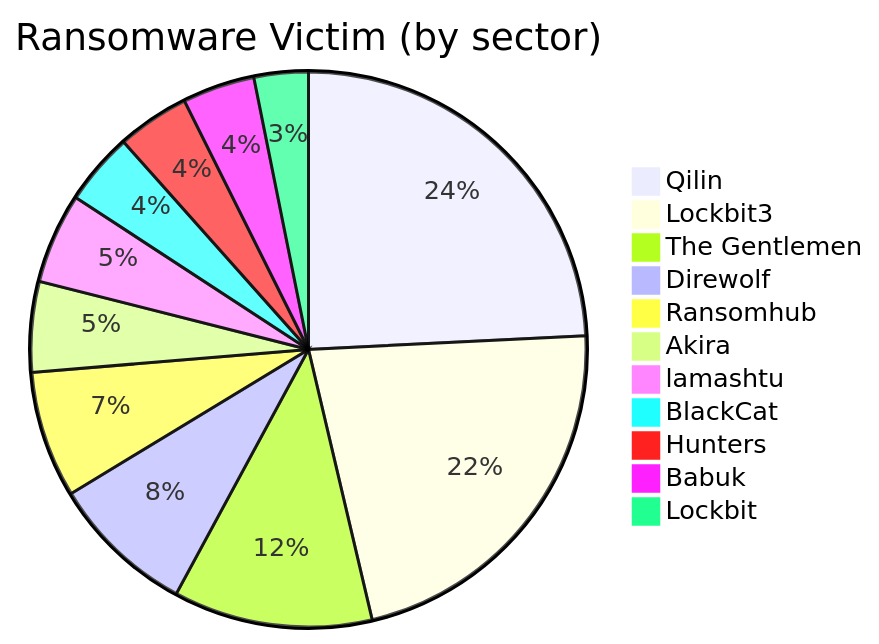
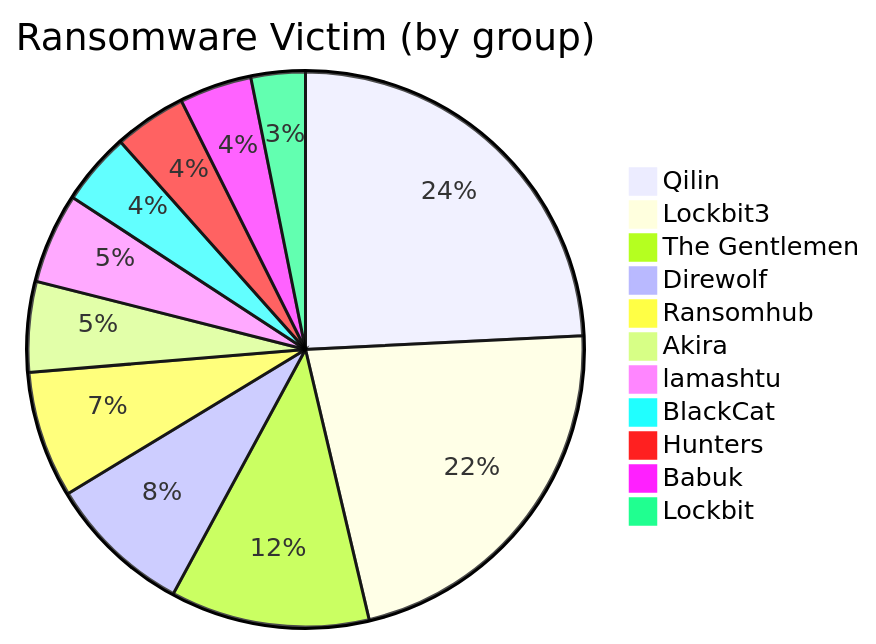
The third of 4 diagrams in content/my-threat-landscape/ransomware.md (rectifyq/site), drawn with Mermaid before and after one commit. The commit also changed other lines of this file and 38 other files, not shown here.

````diff
--- a/content/my-threat-landscape/ransomware.md
+++ b/content/my-threat-landscape/ransomware.md
@@ -175,14 +168,14 @@
 ```mermaid
-pie title Ransomware Victim (by sector)
+pie title Ransomware Victim (by group)
     "Qilin" : 23
     "Lockbit3" : 21
     "The Gentlemen" : 11
     "Direwolf" : 8
     "Ransomhub" : 7
     "Akira" : 5
     "lamashtu" : 5
     "BlackCat" : 4
     "Hunters" : 4
     "Babuk" : 4
     "Lockbit" : 3
 ```
````
